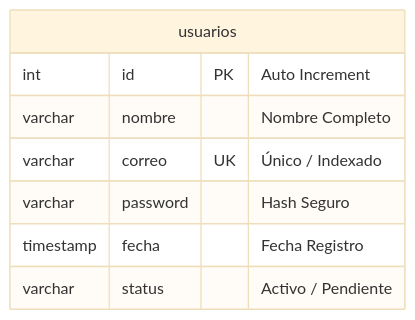
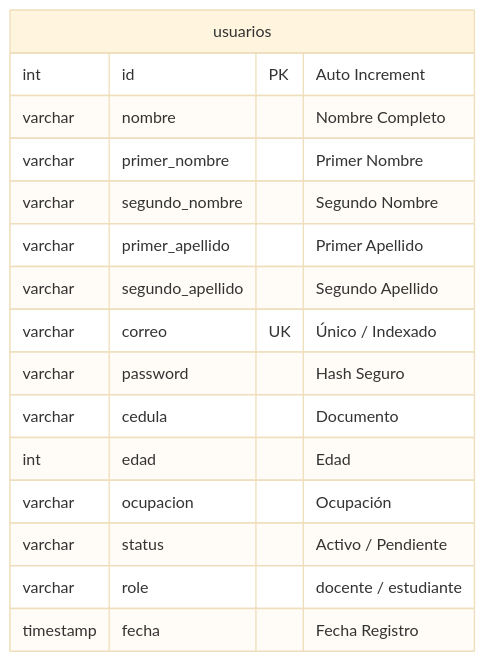
One commit to andresingenieroinformatico/SistemaRegistro changed the first of 3 diagrams in README.md. Above: the diagram before and after it, drawn with Mermaid (base theme). The commit also changed other lines of this file and 4 other files, not shown here.

````diff
--- a/README.md
+++ b/README.md
@@ -22,11 +23,19 @@
 ```mermaid
 erDiagram
     usuarios {
         int id PK "Auto Increment"
         varchar nombre "Nombre Completo"
+        varchar primer_nombre "Primer Nombre"
+        varchar segundo_nombre "Segundo Nombre"
+        varchar primer_apellido "Primer Apellido"
+        varchar segundo_apellido "Segundo Apellido"
         varchar correo UK "Único / Indexado"
         varchar password "Hash Seguro"
+        varchar cedula "Documento"
+        int edad "Edad"
+        varchar ocupacion "Ocupación"
+        varchar status "Activo / Pendiente"
+        varchar role "docente / estudiante"
         timestamp fecha "Fecha Registro"
-        varchar status "Activo / Pendiente"
     }
 ```
````
